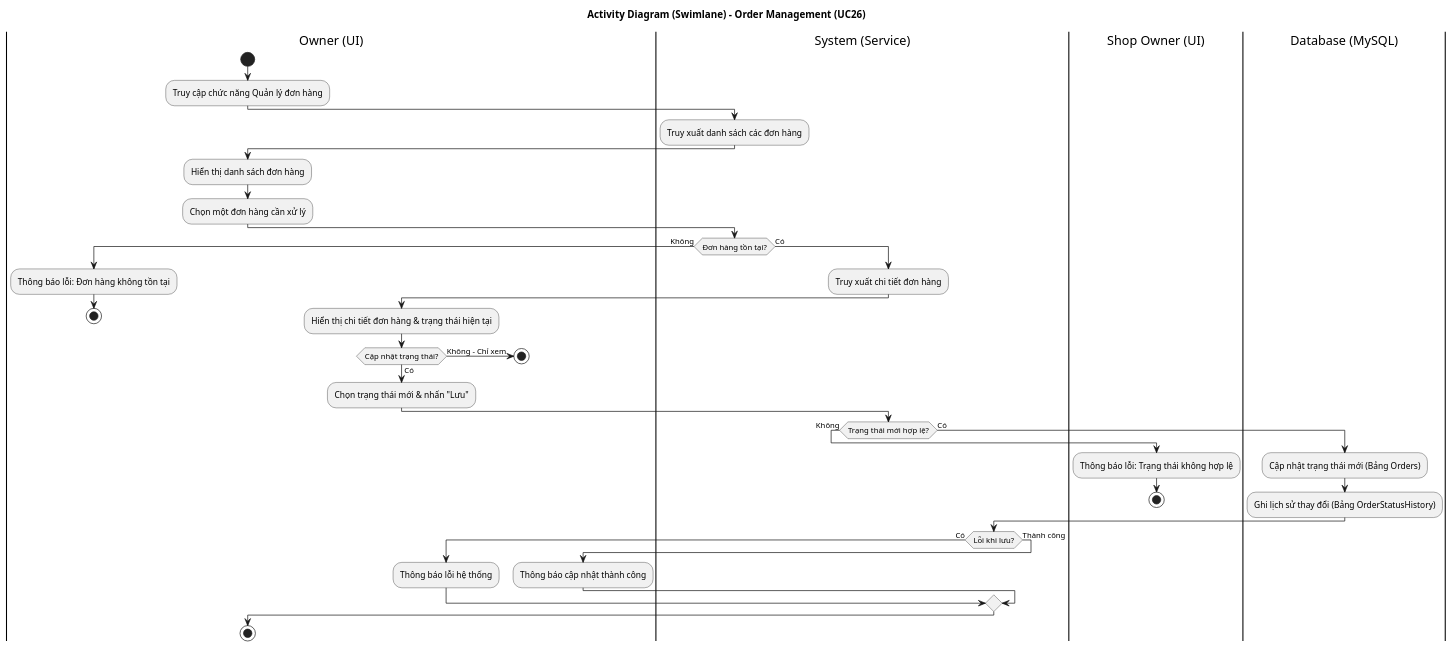
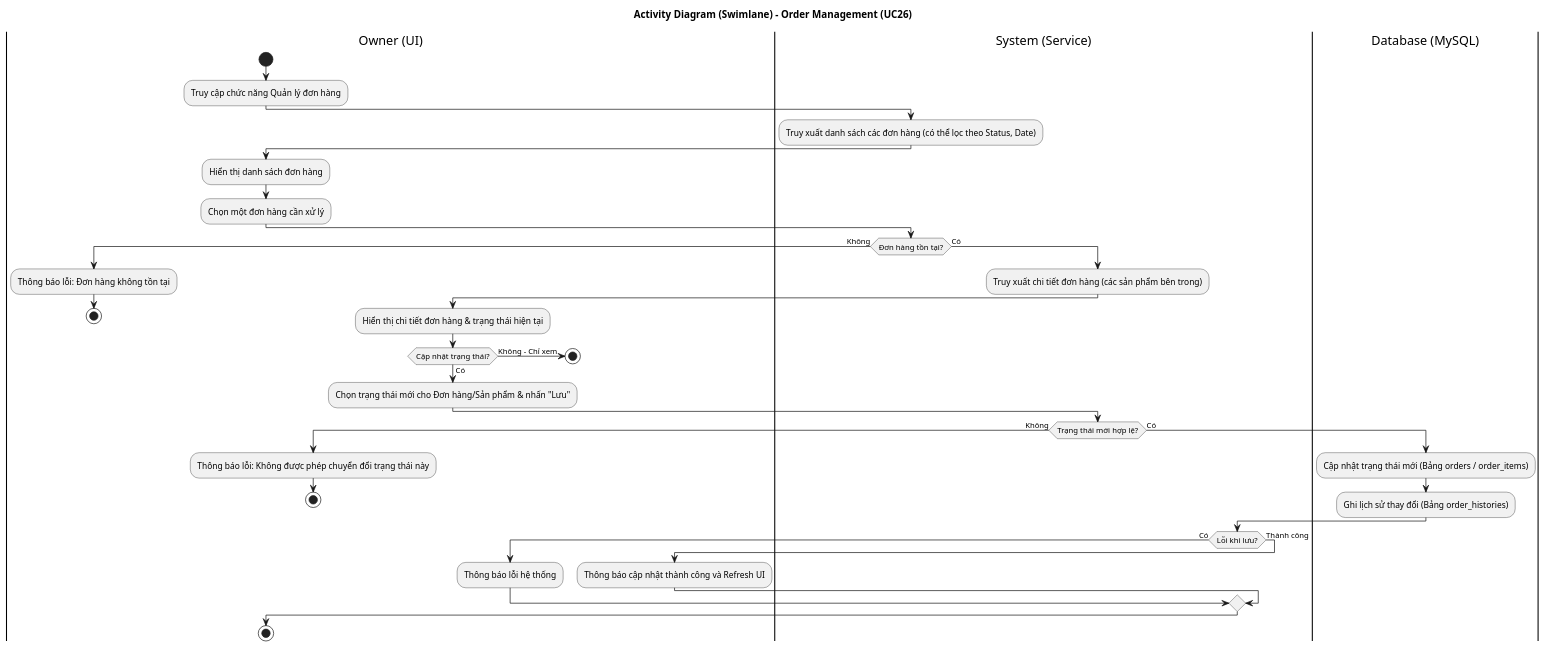
Before and after one commit to Peterdir/fashion-store-system: the diagram in src/main/java/org/example/fashionstoresystem/uml/Activity/AD26_OrderManagement.puml, drawn with PlantUML. The commit also changed 31 other files, not shown here.

Commit message:
Update uml

```diff
--- a/src/main/java/org/example/fashionstoresystem/uml/Activity/AD26_OrderManagement.puml
+++ b/src/main/java/org/example/fashionstoresystem/uml/Activity/AD26_OrderManagement.puml
@@ -1,51 +1,51 @@
 @startuml
 title Activity Diagram (Swimlane) - Order Management (UC26)
 |Owner (UI)|
 start
 :Truy cập chức năng Quản lý đơn hàng;
 |System (Service)|
-:Truy xuất danh sách các đơn hàng;
+:Truy xuất danh sách các đơn hàng (có thể lọc theo Status, Date);
 |Owner (UI)|
 :Hiển thị danh sách đơn hàng;
 :Chọn một đơn hàng cần xử lý;
 |System (Service)|
 ''' Bước 3 & EL2: Kiểm tra tồn tại '''
 if (Đơn hàng tồn tại?) then (Không)
     |Owner (UI)|
     :Thông báo lỗi: Đơn hàng không tồn tại;
     stop
 else (Có)
     |System (Service)|
-    :Truy xuất chi tiết đơn hàng;
+    :Truy xuất chi tiết đơn hàng (các sản phẩm bên trong);
     |Owner (UI)|
     :Hiển thị chi tiết đơn hàng & trạng thái hiện tại;
 
     if (Cập nhật trạng thái?) then (Không - Chỉ xem)
         stop
     else (Có)
-        :Chọn trạng thái mới & nhấn "Lưu";
+        :Chọn trạng thái mới cho Đơn hàng/Sản phẩm & nhấn "Lưu";
 
         |System (Service)|
         ''' Bước 6 & EL1: Kiểm tra tính hợp lệ trạng thái '''
         if (Trạng thái mới hợp lệ?) then (Không)
-            |Shop Owner (UI)|
-            :Thông báo lỗi: Trạng thái không hợp lệ;
+            |Owner (UI)|
+            :Thông báo lỗi: Không được phép chuyển đổi trạng thái này;
             stop
         else (Có)
             |Database (MySQL)|
-            :Cập nhật trạng thái mới (Bảng Orders);
-            :Ghi lịch sử thay đổi (Bảng OrderStatusHistory);
+            :Cập nhật trạng thái mới (Bảng orders / order_items);
+            :Ghi lịch sử thay đổi (Bảng order_histories);
 
             |System (Service)|
             if (Lỗi khi lưu?) then (Có)
                 |Owner (UI)|
                 :Thông báo lỗi hệ thống;
             else (Thành công)
                 |Owner (UI)|
-                :Thông báo cập nhật thành công;
+                :Thông báo cập nhật thành công và Refresh UI;
             endif
         endif
     endif
 endif
 stop
 @enduml
```
